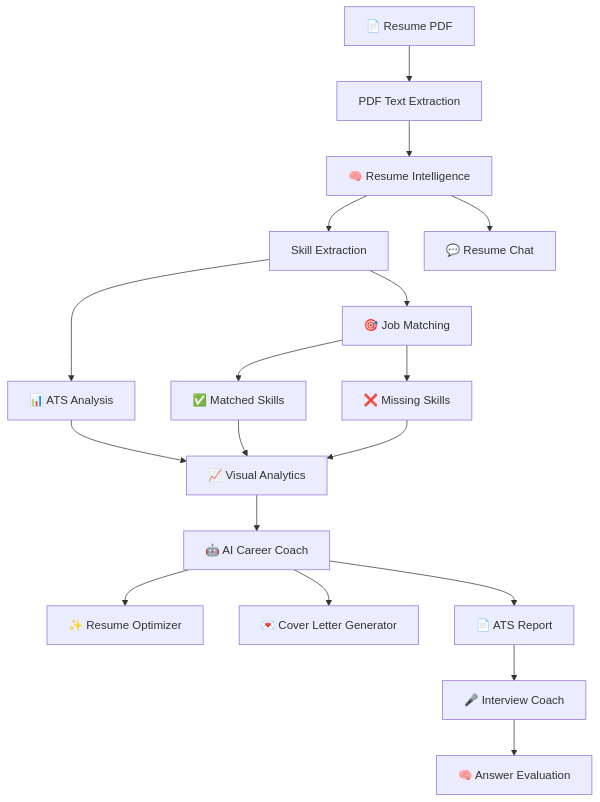
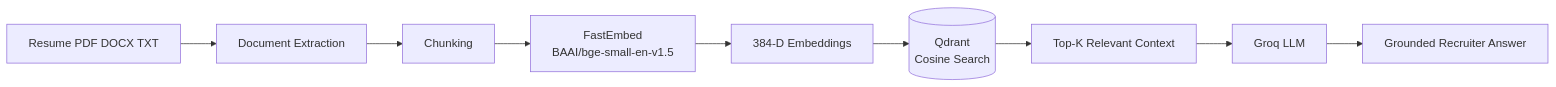
Before and after one commit to shubhamkardel-ai/resume-analyzer-ai: the first of 3 diagrams in README.md, drawn with Mermaid. The commit also changed other lines of this file, not shown here.

First line of the commit message:
feat: build production-ready RecruitRAG-AI recruitment intelligence platform

````diff
--- a/README.md
+++ b/README.md
@@ -470,36 +105,11 @@
-```mermaid
-flowchart TD
-
-    A[📄 Resume PDF] --> B[PDF Text Extraction]
-
-    B --> C[🧠 Resume Intelligence]
-
-    C --> D[Skill Extraction]
-
-    D --> E[📊 ATS Analysis]
-
-    D --> F[🎯 Job Matching]
-
-    F --> G[✅ Matched Skills]
-
-    F --> H[❌ Missing Skills]
-
-    E --> I[📈 Visual Analytics]
-
-    G --> I
-    H --> I
-
-    I --> J[🤖 AI Career Coach]
-
-    J --> K[✨ Resume Optimizer]
-
-    J --> L[💌 Cover Letter Generator]
-
-    J --> M[📄 ATS Report]
-
-    M --> N[🎤 Interview Coach]
-
-    N --> O[🧠 Answer Evaluation]
-
-    C --> P[💬 Resume Chat]
+``` mermaid
+flowchart LR
+    A[Resume PDF DOCX TXT] --> B[Document Extraction]
+    B --> C[Chunking]
+    C --> D[FastEmbed<br/>BAAI/bge-small-en-v1.5]
+    D --> E[384-D Embeddings]
+    E --> F[(Qdrant<br/>Cosine Search)]
+    F --> G[Top-K Relevant Context]
+    G --> H[Groq LLM]
+    H --> I[Grounded Recruiter Answer]
 ```
````
